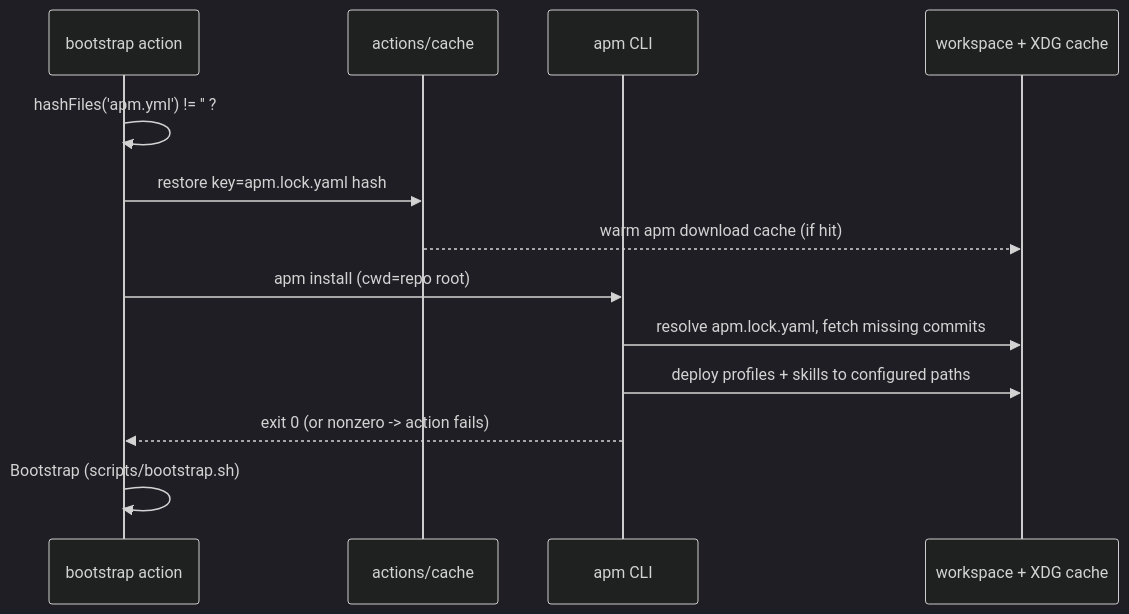
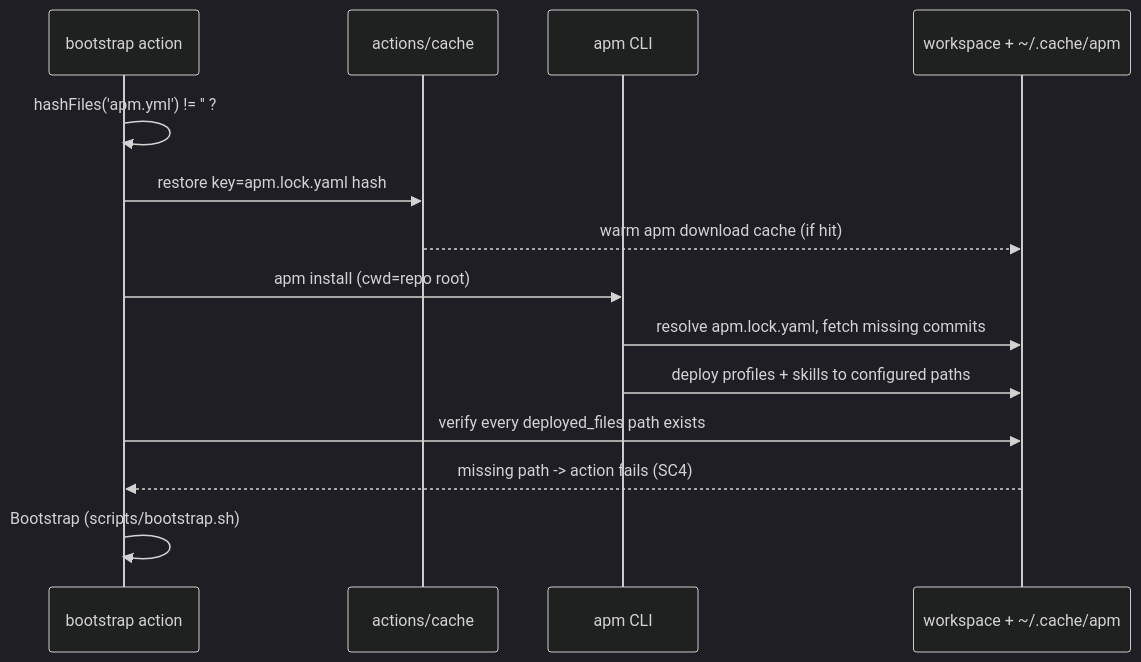
One commit to forwardimpact/monorepo changed the second of 2 diagrams in specs/2160-bootstrap-apm-install/design-a.md. Above: the diagram before and after it, drawn with Mermaid (dark theme). The commit also changed other lines of this file, not shown here.

Commit message:
design(2160): add deploy verification (apm install soft-fails); cache ~/.cache/apm

````diff
--- a/specs/2160-bootstrap-apm-install/design-a.md
+++ b/specs/2160-bootstrap-apm-install/design-a.md
@@ -88,15 +93,16 @@
 ```mermaid
 sequenceDiagram
   participant Action as bootstrap action
   participant Cache as actions/cache
   participant Apm as apm CLI
-  participant FS as workspace + XDG cache
+  participant FS as workspace + ~/.cache/apm
   Action->>Action: hashFiles('apm.yml') != '' ?
   Action->>Cache: restore key=apm.lock.yaml hash
   Cache-->>FS: warm apm download cache (if hit)
   Action->>Apm: apm install (cwd=repo root)
   Apm->>FS: resolve apm.lock.yaml, fetch missing commits
   Apm->>FS: deploy profiles + skills to configured paths
-  Apm-->>Action: exit 0 (or nonzero -> action fails)
+  Action->>FS: verify every deployed_files path exists
+  FS-->>Action: missing path -> action fails (SC4)
   Action->>Action: Bootstrap (scripts/bootstrap.sh)
 ```
````
